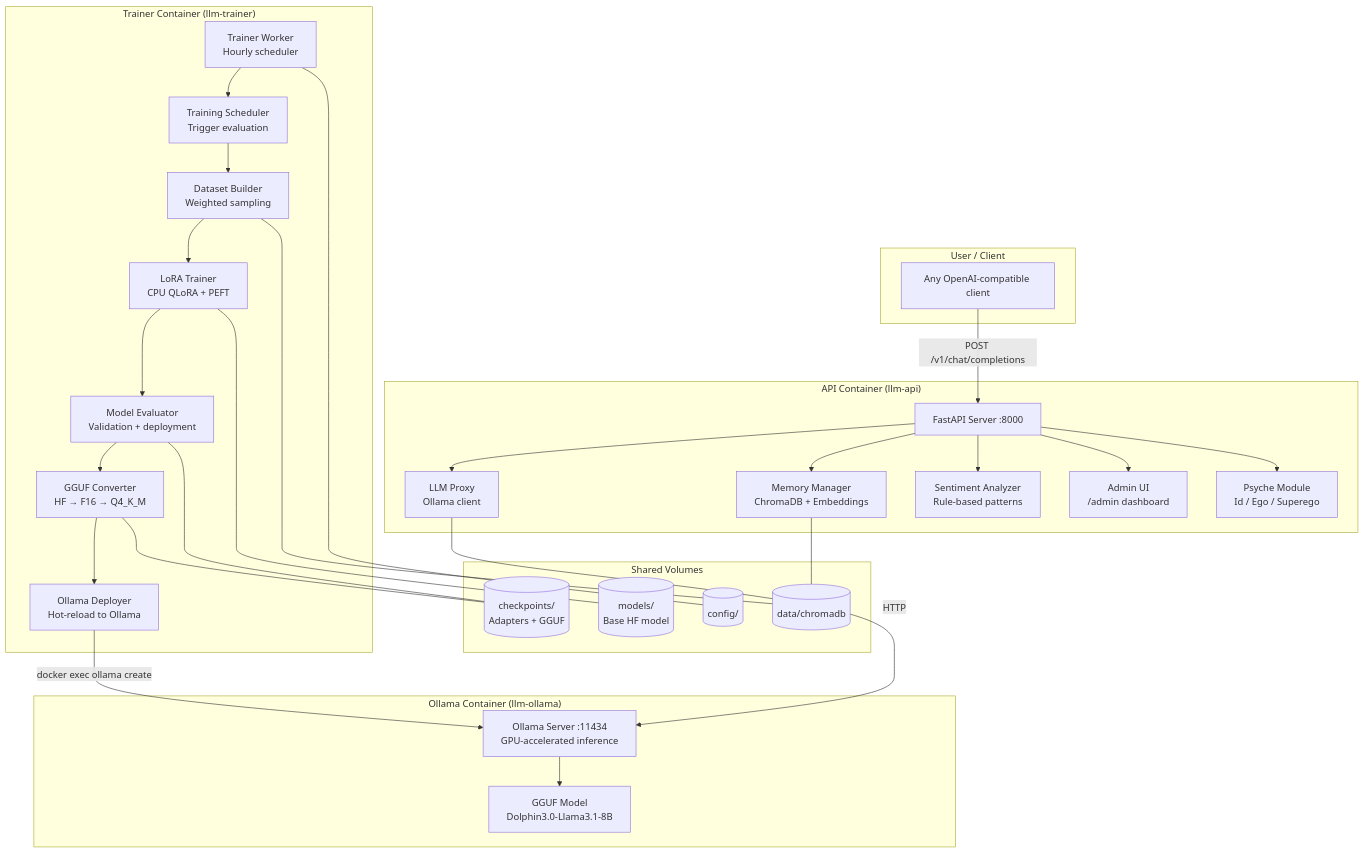
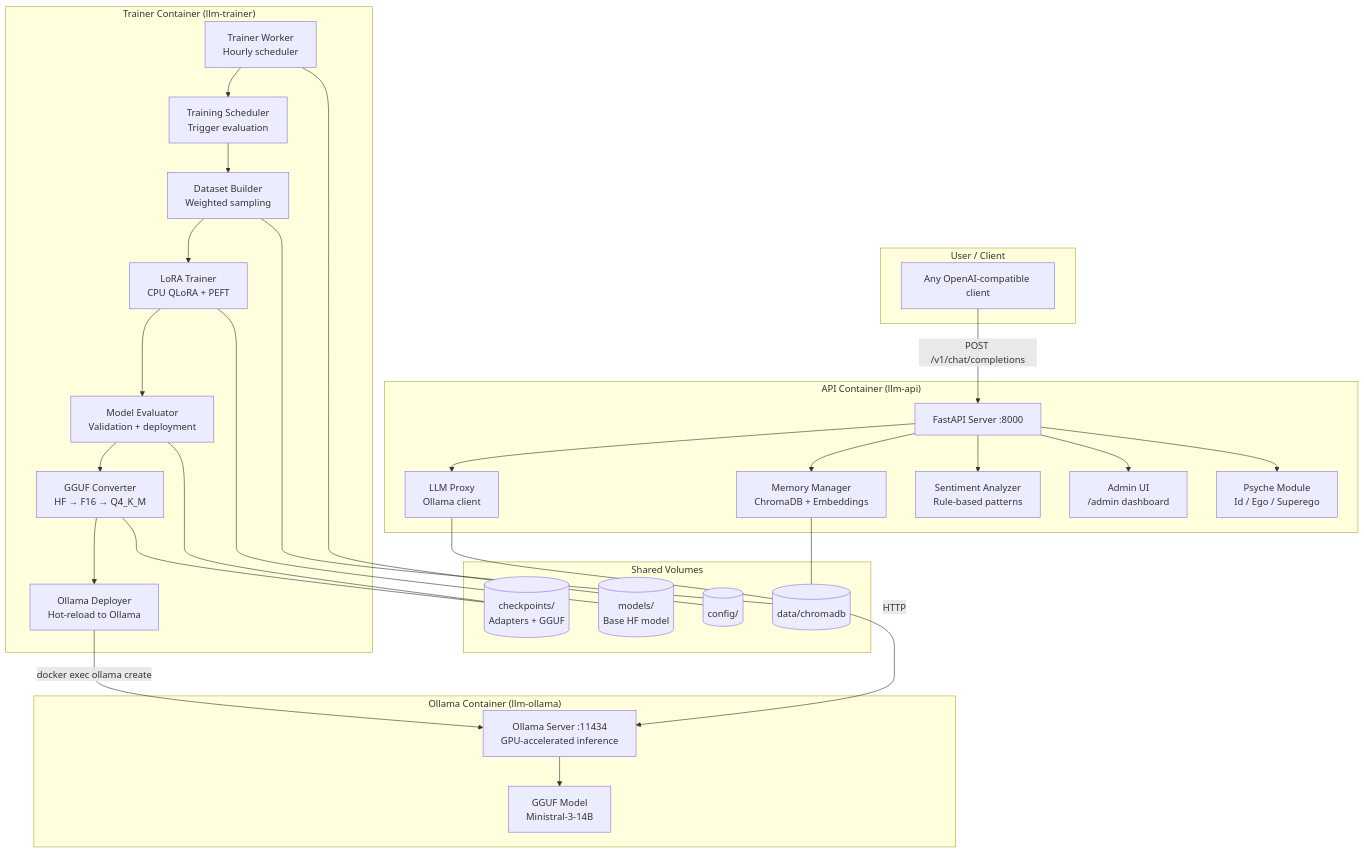
The first of 7 diagrams in FOR_NERDS.md (manikmakki/Project-RLHFL), drawn with Mermaid before and after one commit. The commit also changed 6 other files, not shown here.

````diff
--- a/FOR_NERDS.md
+++ b/FOR_NERDS.md
@@ -9,61 +9,61 @@
 ```mermaid
 graph TB
     subgraph "User / Client"
         C[Any OpenAI-compatible client]
     end
 
     subgraph "API Container (llm-api)"
         FP[FastAPI Server :8000]
         LE[LLM Proxy<br/>Ollama client]
         MM[Memory Manager<br/>ChromaDB + Embeddings]
         SA[Sentiment Analyzer<br/>Rule-based patterns]
         AU[Admin UI<br/>/admin dashboard]
         PS[Psyche Module<br/>Id / Ego / Superego]
     end
 
     subgraph "Ollama Container (llm-ollama)"
         OL[Ollama Server :11434<br/>GPU-accelerated inference]
-        GGUF[GGUF Model<br/>Dolphin3.0-Llama3.1-8B]
+        GGUF[GGUF Model<br/>Ministral-3-14B]
     end
 
     subgraph "Trainer Container (llm-trainer)"
         TW[Trainer Worker<br/>Hourly scheduler]
         TS[Training Scheduler<br/>Trigger evaluation]
         DB[Dataset Builder<br/>Weighted sampling]
         LT[LoRA Trainer<br/>CPU QLoRA + PEFT]
         ME[Model Evaluator<br/>Validation + deployment]
         GC[GGUF Converter<br/>HF → F16 → Q4_K_M]
         OD[Ollama Deployer<br/>Hot-reload to Ollama]
     end
 
     subgraph "Shared Volumes"
         MOD[(models/<br/>Base HF model)]
         DAT[(data/chromadb)]
         CKP[(checkpoints/<br/>Adapters + GGUF)]
         CFG[(config/)]
     end
 
     C -->|POST /v1/chat/completions| FP
     FP --> LE
     FP --> MM
     FP --> SA
     FP --> AU
     FP --> PS
 
     LE -->|HTTP| OL
     OL --> GGUF
     MM --- DAT
     TW --> TS
     TS --> DB
     DB --> LT
     LT --> ME
     ME --> GC
     GC --> OD
     OD -->|docker exec ollama create| OL
 
     DB --- DAT
     LT --- MOD
     ME --- CKP
     GC --- CKP
     TW --- CFG
 ```
````
